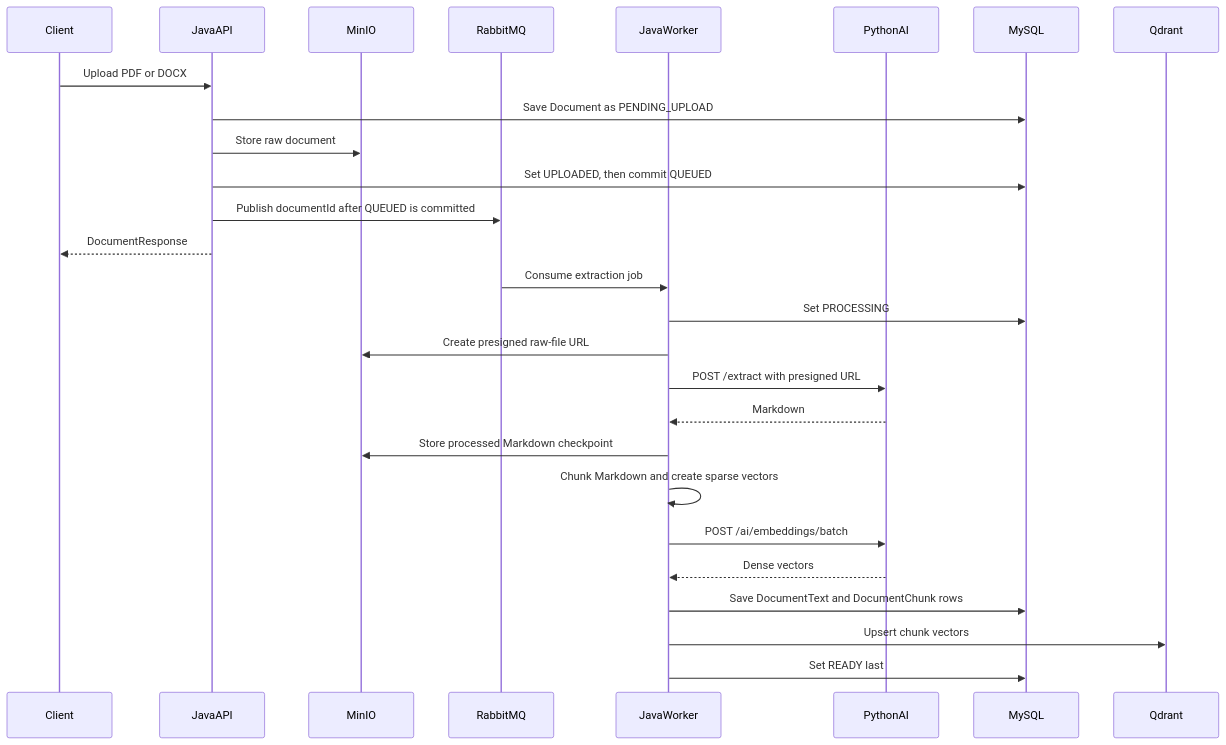
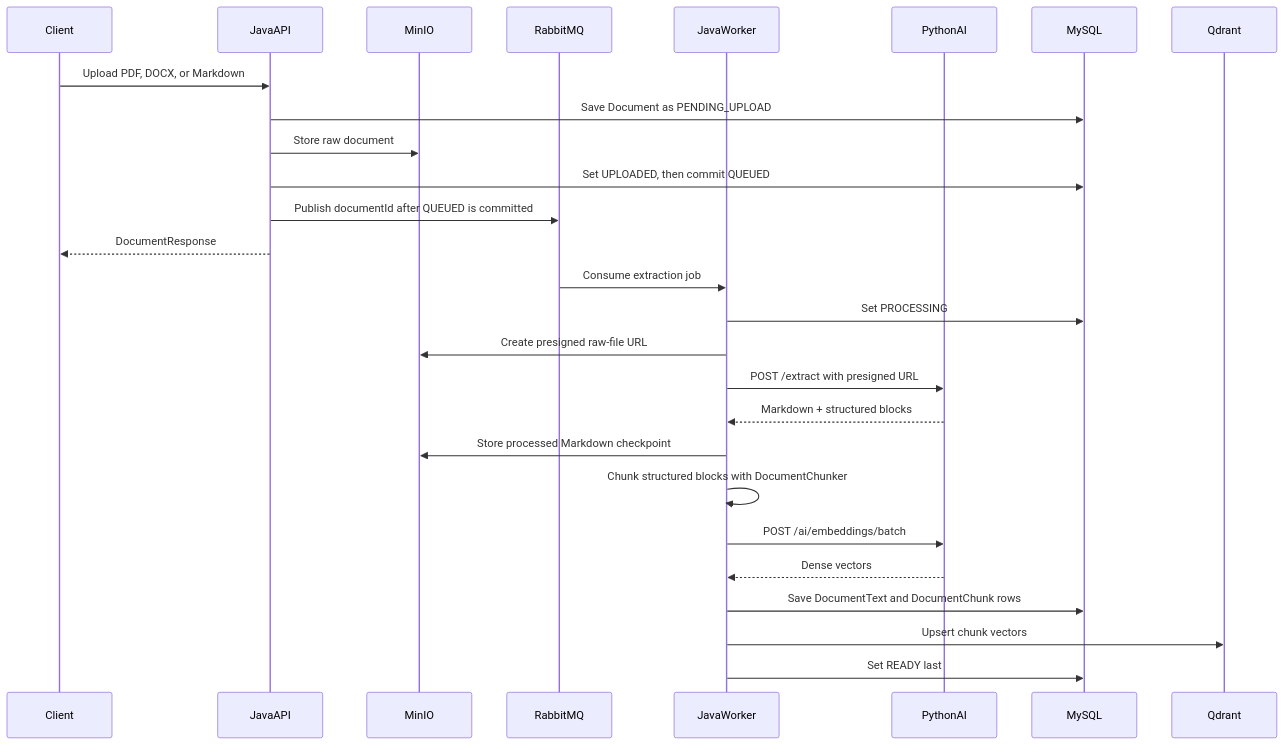
Before and after one commit to MinhKien17/SEP490_EvidencePilot: the sixth of 10 diagrams in README.md, drawn with Mermaid. The commit also changed other lines of this file and 13 other files, not shown here.

````diff
--- a/README.md
+++ b/README.md
@@ -285,30 +285,30 @@
 ```mermaid
 sequenceDiagram
     participant Client
     participant JavaAPI
     participant MinIO
     participant RabbitMQ
     participant JavaWorker
     participant PythonAI
     participant MySQL
     participant Qdrant
 
-    Client->>JavaAPI: Upload PDF or DOCX
+    Client->>JavaAPI: Upload PDF, DOCX, or Markdown
     JavaAPI->>MySQL: Save Document as PENDING_UPLOAD
     JavaAPI->>MinIO: Store raw document
     JavaAPI->>MySQL: Set UPLOADED, then commit QUEUED
     JavaAPI->>RabbitMQ: Publish documentId after QUEUED is committed
     JavaAPI-->>Client: DocumentResponse
     RabbitMQ->>JavaWorker: Consume extraction job
     JavaWorker->>MySQL: Set PROCESSING
     JavaWorker->>MinIO: Create presigned raw-file URL
     JavaWorker->>PythonAI: POST /extract with presigned URL
-    PythonAI-->>JavaWorker: Markdown
+    PythonAI-->>JavaWorker: Markdown + structured blocks
     JavaWorker->>MinIO: Store processed Markdown checkpoint
-    JavaWorker->>JavaWorker: Chunk Markdown and create sparse vectors
+    JavaWorker->>JavaWorker: Chunk structured blocks with DocumentChunker
     JavaWorker->>PythonAI: POST /ai/embeddings/batch
     PythonAI-->>JavaWorker: Dense vectors
     JavaWorker->>MySQL: Save DocumentText and DocumentChunk rows
     JavaWorker->>Qdrant: Upsert chunk vectors
     JavaWorker->>MySQL: Set READY last
 ```
````
